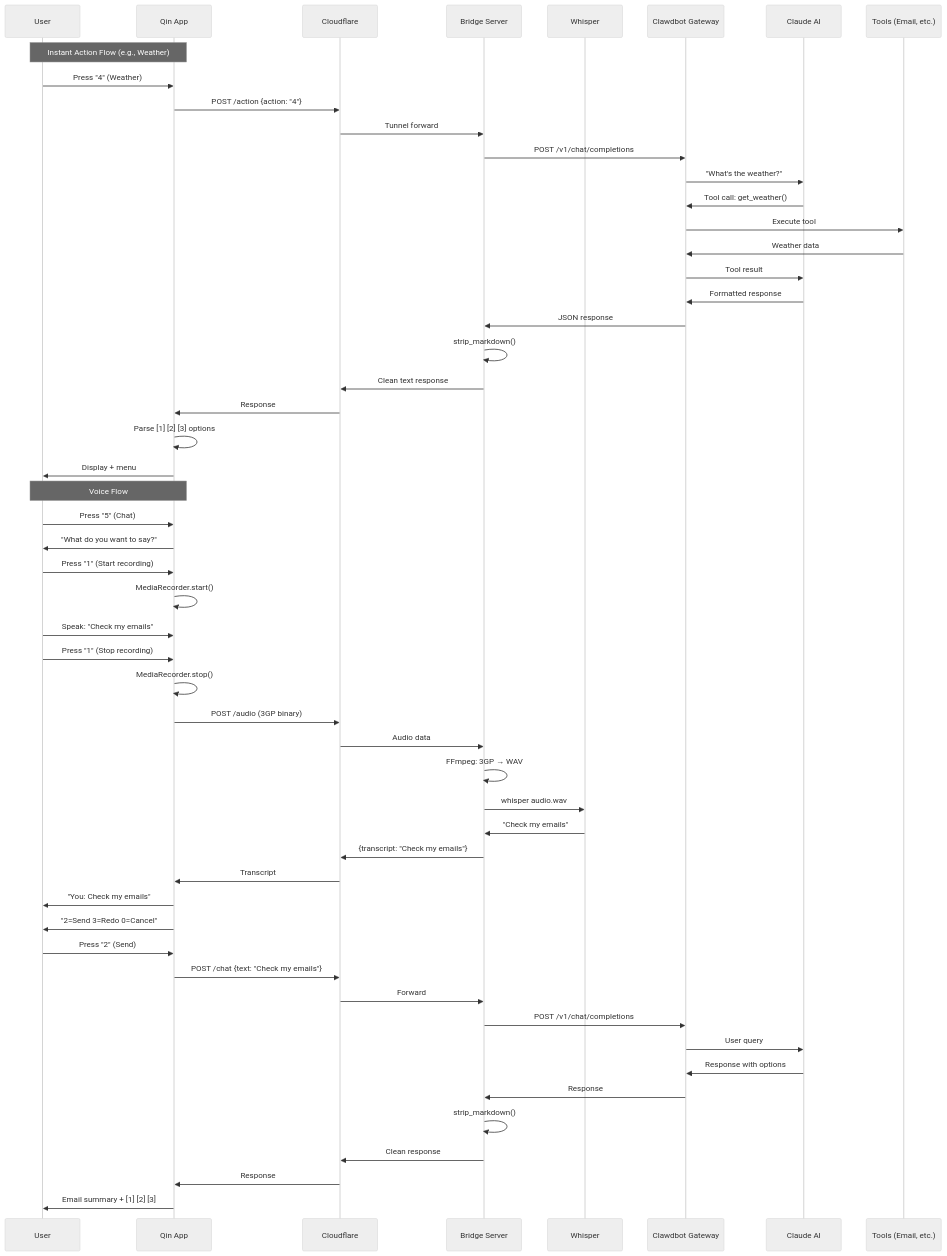
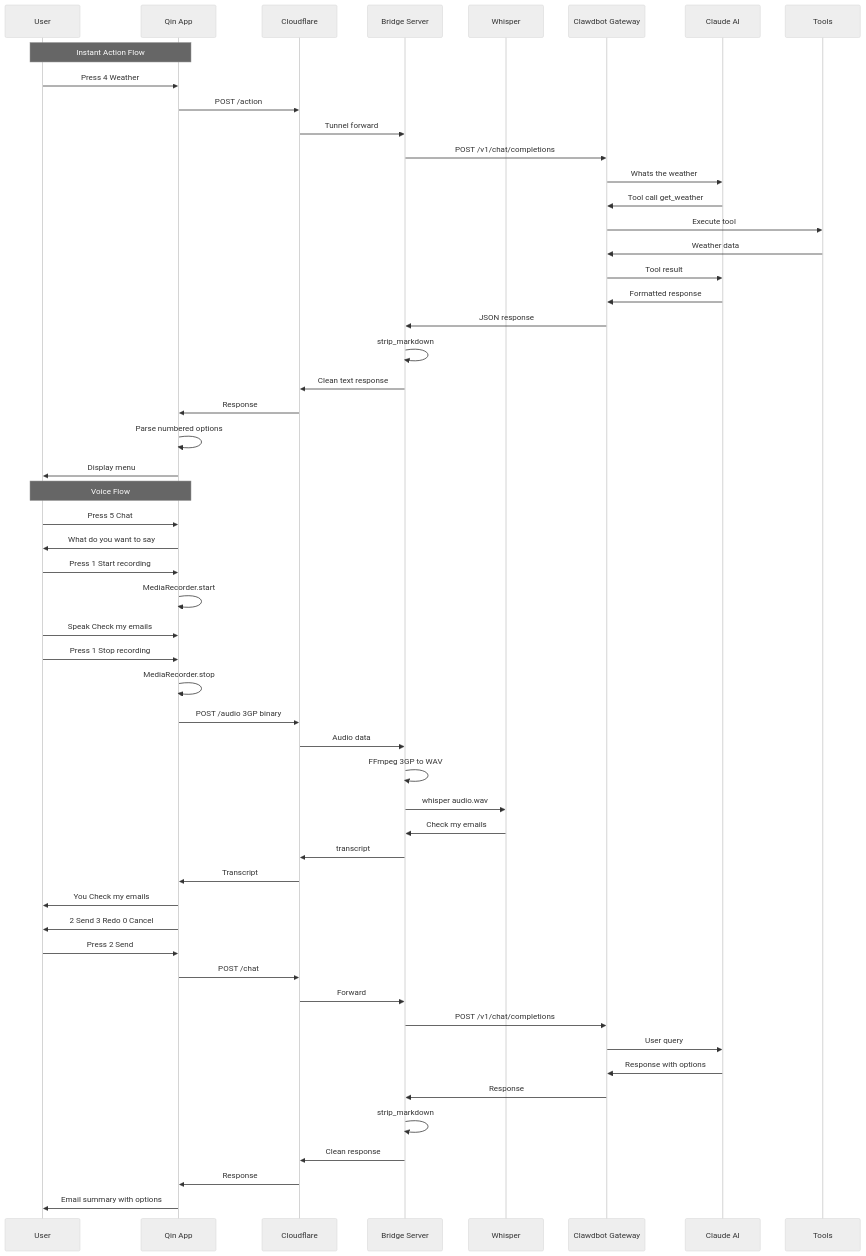
One commit to mordechaipotash/qinbot changed the fifth of 5 diagrams in README.md. Above: the diagram before and after it, drawn with Mermaid (neutral theme). The commit also changed other lines of this file, not shown here.

First line of the commit message:
fix: Mermaid diagram syntax for GitHub rendering

````diff
--- a/README.md
+++ b/README.md
@@ -292,58 +292,58 @@
 ```mermaid
 sequenceDiagram
     participant U as User
     participant Q as Qin App
     participant C as Cloudflare
     participant B as Bridge Server
     participant W as Whisper
     participant G as Clawdbot Gateway
     participant AI as Claude AI
-    participant T as Tools (Email, etc.)
+    participant T as Tools
     
-    Note over U,Q: Instant Action Flow (e.g., Weather)
-    U->>Q: Press "4" (Weather)
-    Q->>C: POST /action {action: "4"}
+    Note over U,Q: Instant Action Flow
+    U->>Q: Press 4 Weather
+    Q->>C: POST /action
     C->>B: Tunnel forward
     B->>G: POST /v1/chat/completions
-    G->>AI: "What's the weather?"
-    AI->>G: Tool call: get_weather()
+    G->>AI: Whats the weather
+    AI->>G: Tool call get_weather
     G->>T: Execute tool
     T->>G: Weather data
     G->>AI: Tool result
     AI->>G: Formatted response
     G->>B: JSON response
-    B->>B: strip_markdown()
+    B->>B: strip_markdown
     B->>C: Clean text response
     C->>Q: Response
-    Q->>Q: Parse [1] [2] [3] options
-    Q->>U: Display + menu
+    Q->>Q: Parse numbered options
+    Q->>U: Display menu
     
     Note over U,Q: Voice Flow
-    U->>Q: Press "5" (Chat)
-    Q->>U: "What do you want to say?"
-    U->>Q: Press "1" (Start recording)
-    Q->>Q: MediaRecorder.start()
-    U->>Q: Speak: "Check my emails"
-    U->>Q: Press "1" (Stop recording)
-    Q->>Q: MediaRecorder.stop()
-    Q->>C: POST /audio (3GP binary)
+    U->>Q: Press 5 Chat
+    Q->>U: What do you want to say
+    U->>Q: Press 1 Start recording
+    Q->>Q: MediaRecorder.start
+    U->>Q: Speak Check my emails
+    U->>Q: Press 1 Stop recording
+    Q->>Q: MediaRecorder.stop
+    Q->>C: POST /audio 3GP binary
     C->>B: Audio data
-    B->>B: FFmpeg: 3GP → WAV
+    B->>B: FFmpeg 3GP to WAV
     B->>W: whisper audio.wav
-    W->>B: "Check my emails"
-    B->>C: {transcript: "Check my emails"}
+    W->>B: Check my emails
+    B->>C: transcript
     C->>Q: Transcript
-    Q->>U: "You: Check my emails"
-    Q->>U: "2=Send 3=Redo 0=Cancel"
-    U->>Q: Press "2" (Send)
-    Q->>C: POST /chat {text: "Check my emails"}
+    Q->>U: You Check my emails
+    Q->>U: 2 Send 3 Redo 0 Cancel
+    U->>Q: Press 2 Send
+    Q->>C: POST /chat
     C->>B: Forward
     B->>G: POST /v1/chat/completions
     G->>AI: User query
     AI->>G: Response with options
     G->>B: Response
-    B->>B: strip_markdown()
+    B->>B: strip_markdown
     B->>C: Clean response
     C->>Q: Response
-    Q->>U: Email summary + [1] [2] [3]
+    Q->>U: Email summary with options
 ```
````
